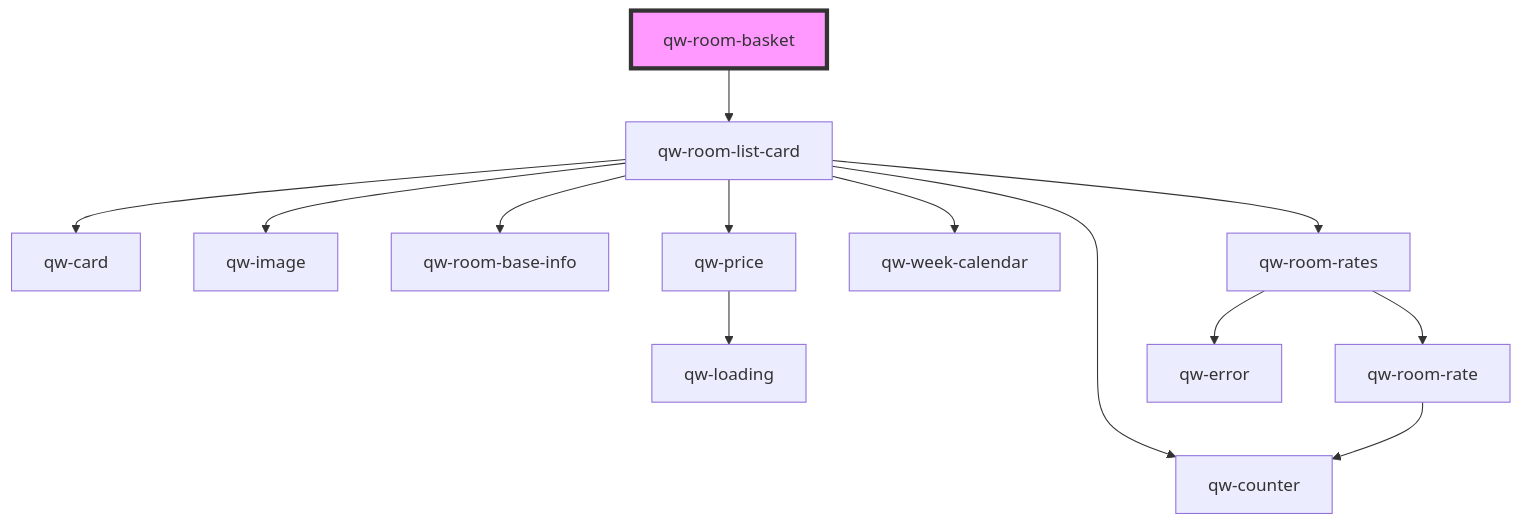
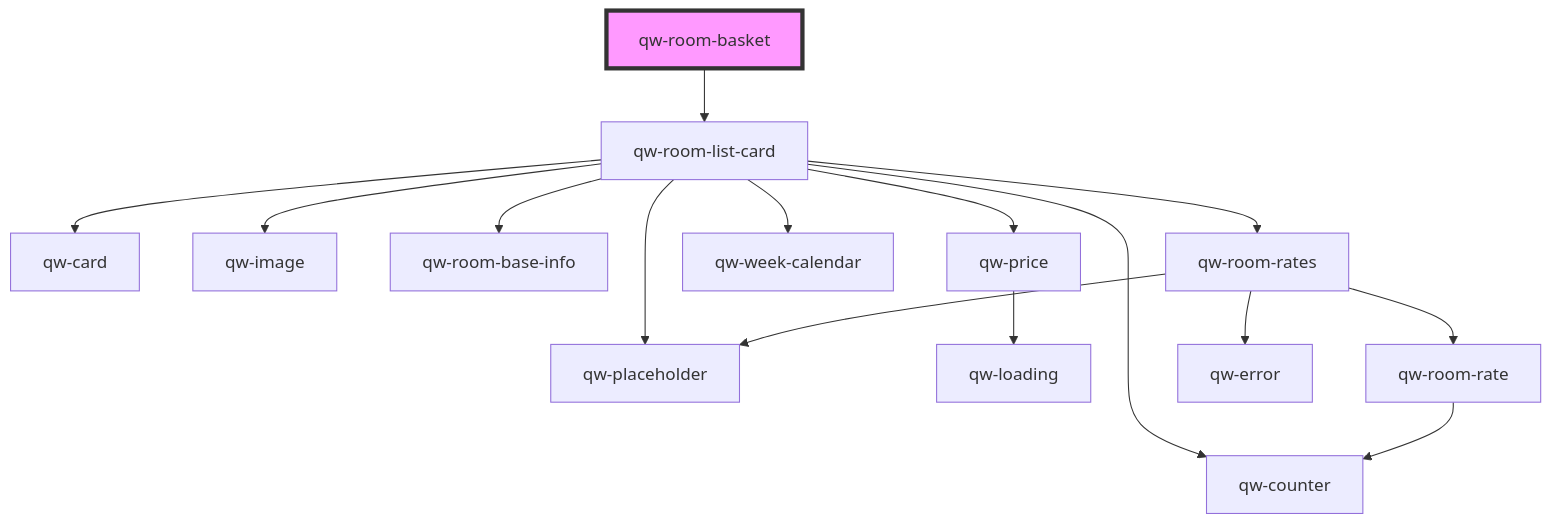
Before and after one commit to qwentes-team/qw-hotels: the diagram in src/components/qw-room-basket/readme.md, drawn with Mermaid. The commit also changed 9 other files, not shown here.

Commit message:
feat(room-rate): info button if card

````diff
--- a/src/components/qw-room-basket/readme.md
+++ b/src/components/qw-room-basket/readme.md
@@ -22,16 +22,18 @@
 ```mermaid
 graph TD;
   qw-room-basket --> qw-room-list-card
   qw-room-list-card --> qw-card
   qw-room-list-card --> qw-image
   qw-room-list-card --> qw-room-base-info
+  qw-room-list-card --> qw-placeholder
   qw-room-list-card --> qw-price
   qw-room-list-card --> qw-week-calendar
   qw-room-list-card --> qw-room-rates
   qw-room-list-card --> qw-counter
   qw-price --> qw-loading
   qw-room-rates --> qw-room-rate
+  qw-room-rates --> qw-placeholder
   qw-room-rates --> qw-error
   qw-room-rate --> qw-counter
   style qw-room-basket fill:#f9f,stroke:#333,stroke-width:4px
 ```
````
